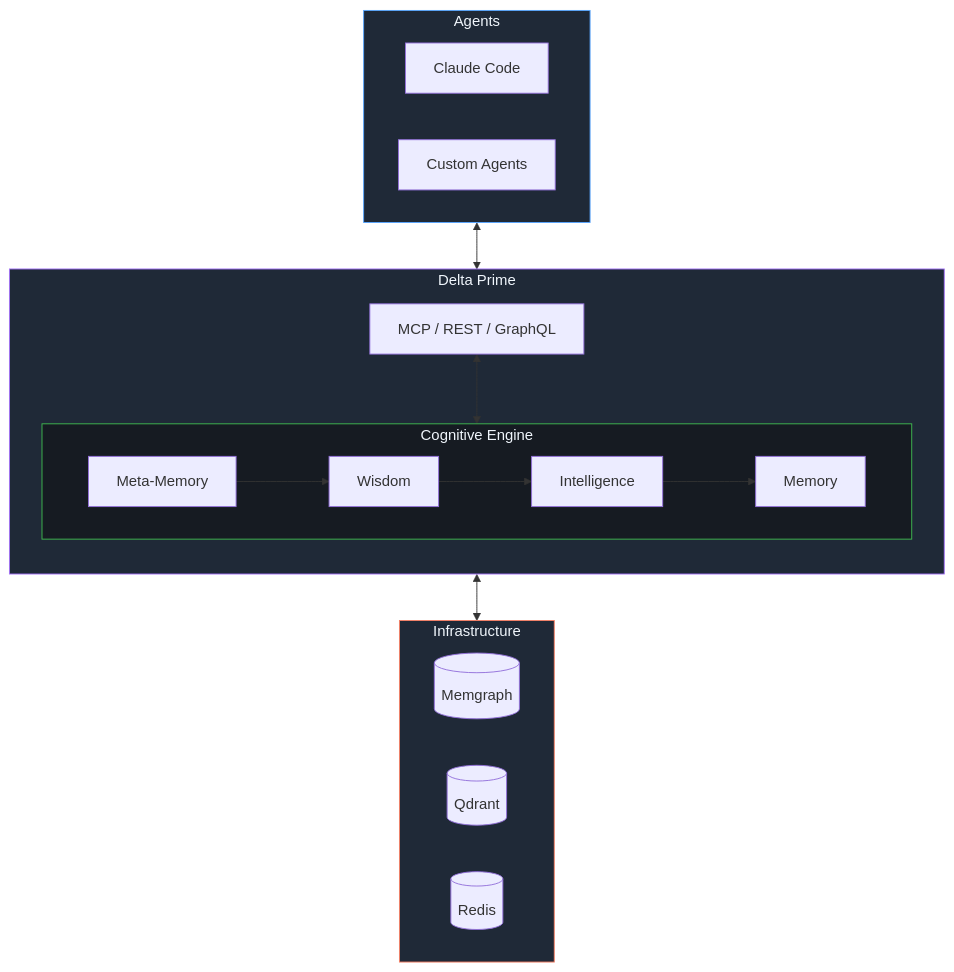
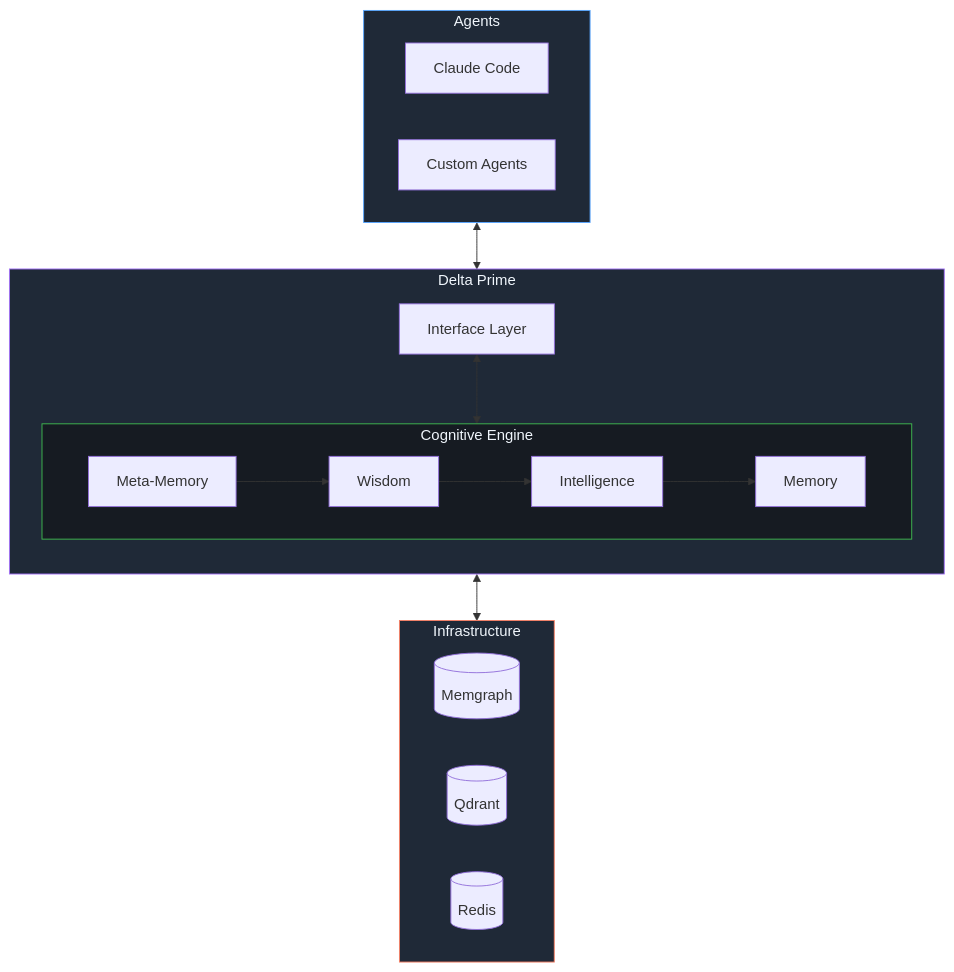
The fifth of 5 diagrams in profile/README.md (delta-prime/.github), drawn with Mermaid before and after one commit. The commit also changed other lines of this file, not shown here.

````diff
--- a/profile/README.md
+++ b/profile/README.md
@@ -121,39 +121,39 @@
 ```mermaid
 flowchart TB
     subgraph AGENTS["Agents"]
         A1[Claude Code]
         A2[Custom Agents]
     end
 
     subgraph DELTA["Delta Prime"]
         direction TB
         subgraph COGNITIVE["Cognitive Engine"]
             META[Meta-Memory]
             WISDOM[Wisdom]
             INTEL[Intelligence]
             MEM[Memory]
             
             META --> WISDOM
             WISDOM --> INTEL
             INTEL --> MEM
         end
         
-        API[MCP / REST / GraphQL]
+        API[Interface Layer]
     end
 
     subgraph INFRA["Infrastructure"]
         direction LR
         MG[(Memgraph)]
         QD[(Qdrant)]
         RD[(Redis)]
     end
 
     AGENTS <--> API
     API <--> COGNITIVE
     COGNITIVE <--> INFRA
     
     style AGENTS fill:#1f2937,stroke:#58a6ff,color:#f0f6fc
     style DELTA fill:#1f2937,stroke:#a371f7,color:#f0f6fc
     style COGNITIVE fill:#161b22,stroke:#3fb950,color:#f0f6fc
     style INFRA fill:#1f2937,stroke:#f78166,color:#f0f6fc
 ```
````
